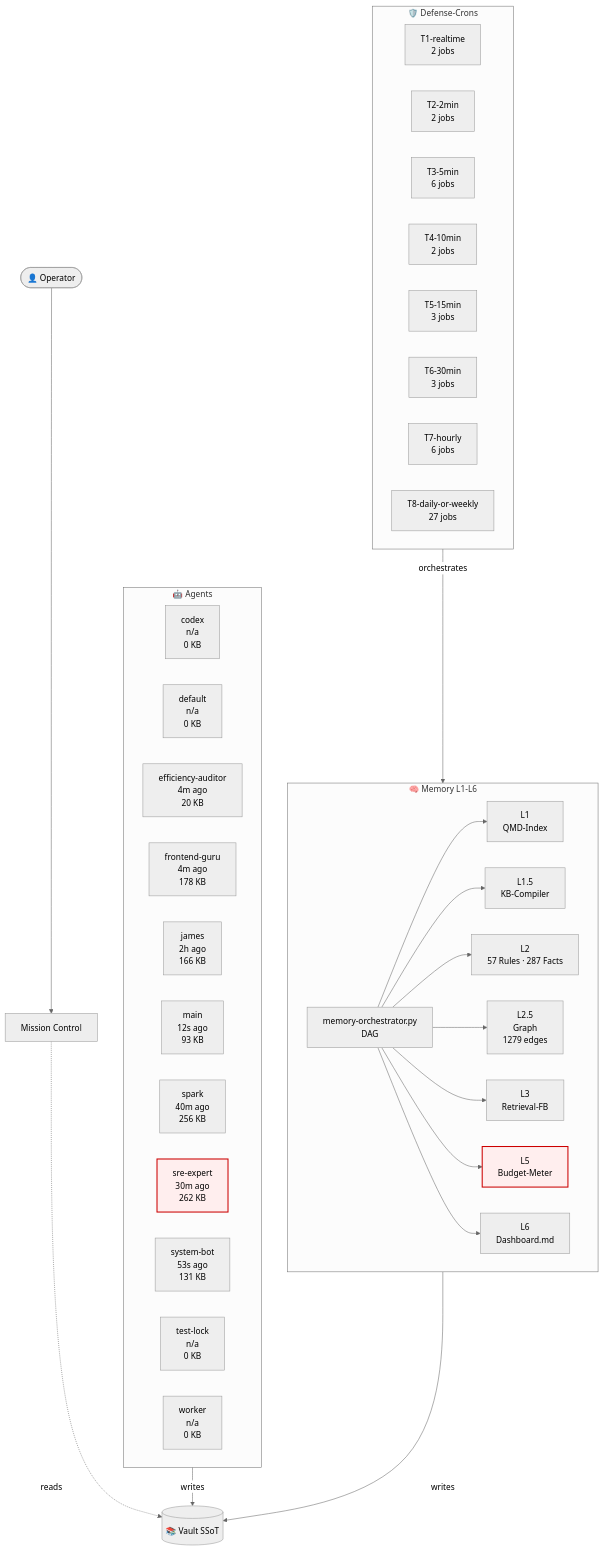
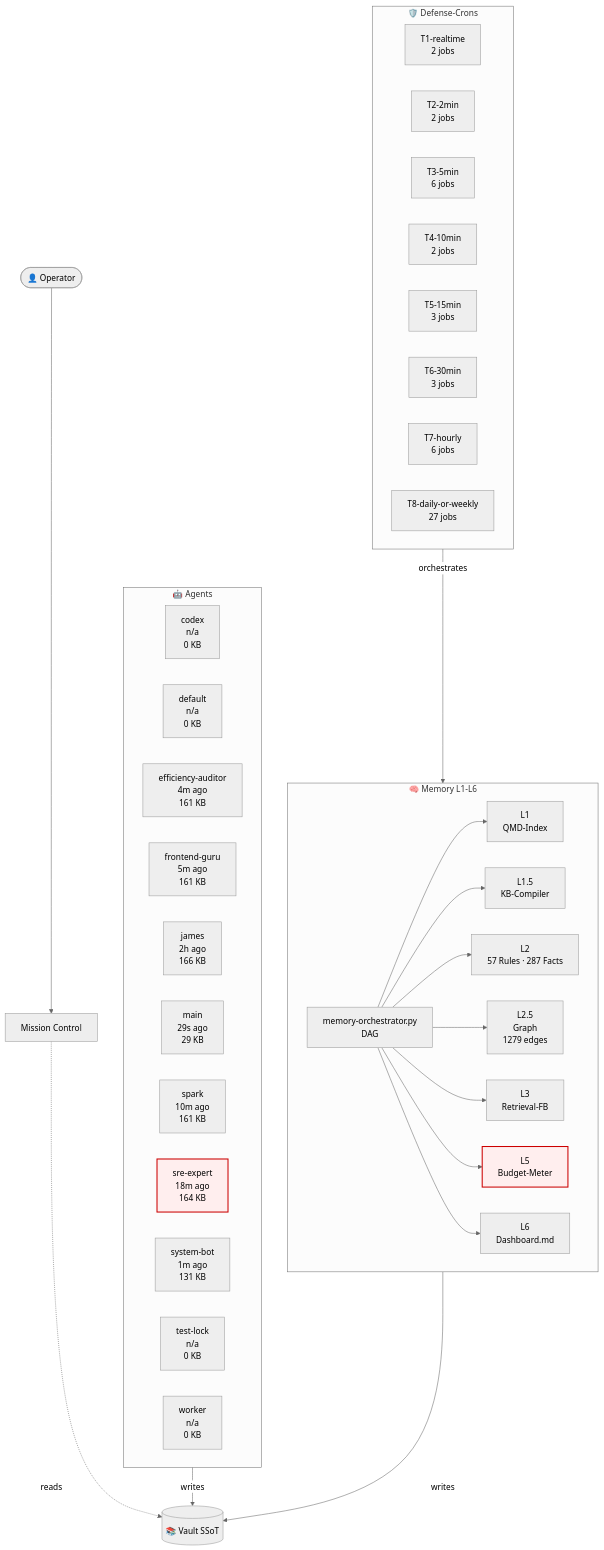
One commit to lenardhuebner88-rgb/openclaw-memory changed the diagram in 03-Agents/architecture-live.md. Above: the diagram before and after it, drawn with Mermaid (neutral theme). The commit also changed other lines of this file and 26 other files, not shown here.

````diff
--- a/03-Agents/architecture-live.md
+++ b/03-Agents/architecture-live.md
@@ -18,54 +18,54 @@
 ```mermaid
 flowchart TB
     classDef critical fill:#fee,stroke:#c00,stroke-width:2px;
     subgraph AGT["🤖 Agents"]
         agent_codex["codex<br/>n/a<br/>0 KB"]
         agent_default["default<br/>n/a<br/>0 KB"]
-        agent_efficiency_auditor["efficiency-auditor<br/>4m ago<br/>20 KB"]
-        agent_frontend_guru["frontend-guru<br/>4m ago<br/>178 KB"]
+        agent_efficiency_auditor["efficiency-auditor<br/>4m ago<br/>161 KB"]
+        agent_frontend_guru["frontend-guru<br/>5m ago<br/>161 KB"]
         agent_james["james<br/>2h ago<br/>166 KB"]
-        agent_main["main<br/>12s ago<br/>93 KB"]
-        agent_spark["spark<br/>40m ago<br/>256 KB"]
-        agent_sre_expert["sre-expert<br/>30m ago<br/>262 KB"]
-        agent_system_bot["system-bot<br/>53s ago<br/>131 KB"]
+        agent_main["main<br/>29s ago<br/>29 KB"]
+        agent_spark["spark<br/>10m ago<br/>161 KB"]
+        agent_sre_expert["sre-expert<br/>18m ago<br/>164 KB"]
+        agent_system_bot["system-bot<br/>1m ago<br/>131 KB"]
         agent_test_lock["test-lock<br/>n/a<br/>0 KB"]
         agent_worker["worker<br/>n/a<br/>0 KB"]
     end
     subgraph MEM["🧠 Memory L1-L6"]
         L1["L1<br/>QMD-Index"]
         L15["L1.5<br/>KB-Compiler"]
         L2["L2<br/>57 Rules · 287 Facts"]
         L25["L2.5<br/>Graph<br/>1279 edges"]
         L3["L3<br/>Retrieval-FB"]
         L5["L5<br/>Budget-Meter"]
         L6["L6<br/>Dashboard.md"]
         ORCH["memory-orchestrator.py<br/>DAG"]
     end
     subgraph CRN["🛡️ Defense-Crons"]
         tier_T1_realtime["T1-realtime<br/>2 jobs"]
         tier_T2_2min["T2-2min<br/>2 jobs"]
         tier_T3_5min["T3-5min<br/>6 jobs"]
         tier_T4_10min["T4-10min<br/>2 jobs"]
         tier_T5_15min["T5-15min<br/>3 jobs"]
         tier_T6_30min["T6-30min<br/>3 jobs"]
         tier_T7_hourly["T7-hourly<br/>6 jobs"]
         tier_T8_daily_or_weekly["T8-daily-or-weekly<br/>27 jobs"]
     end
     VAULT[("📚 Vault SSoT")]
     OP([👤 Operator])
     MC["Mission Control"]
     OP --> MC
     MC -.reads.-> VAULT
     AGT -->|writes| VAULT
     MEM -->|writes| VAULT
     ORCH --> L1
     ORCH --> L15
     ORCH --> L2
     ORCH --> L25
     ORCH --> L3
     ORCH --> L5
     ORCH --> L6
     CRN -->|orchestrates| MEM
     class L5 critical
     class agent_sre_expert critical
 ```
````
